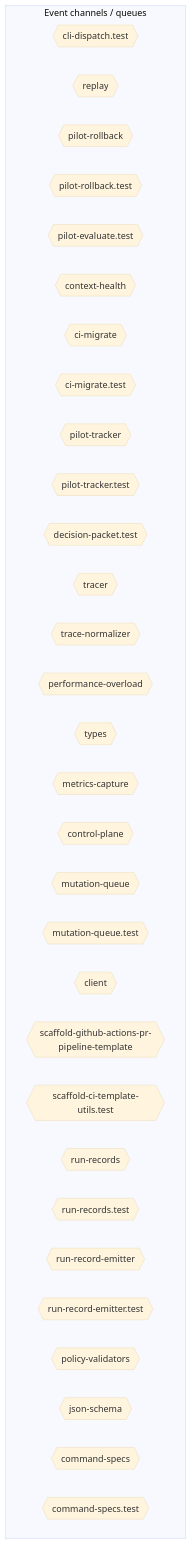
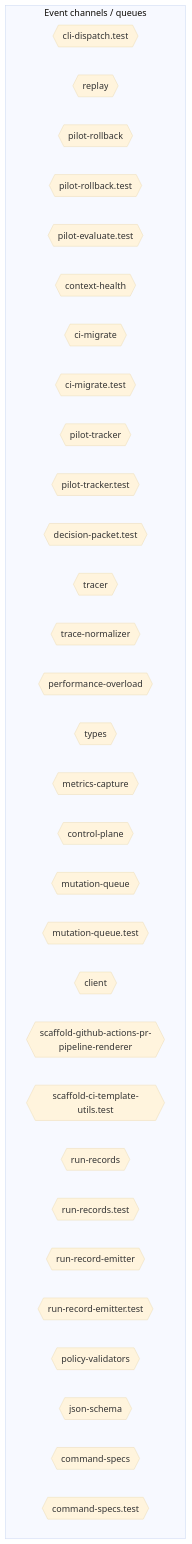
One commit to jscraik/coding-harness changed the sixth of 10 diagrams in AI/context/diagram-context.md. Above: the diagram before and after it, drawn with Mermaid (base theme). The commit also changed other lines of this file and 216 other files, not shown here.

````diff
--- a/AI/context/diagram-context.md
+++ b/AI/context/diagram-context.md
@@ -1977,37 +2088,37 @@
 ```mermaid
 flowchart TD
   subgraph Channels["Event channels / queues"]
     cli_dispatch_test_54c9f17b{{"cli-dispatch.test"}}
     replay_ac203c98{{"replay"}}
     pilot_rollback_00c1f82c{{"pilot-rollback"}}
     pilot_rollback_test_e61d5a2b{{"pilot-rollback.test"}}
     pilot_evaluate_test_a2ac06fc{{"pilot-evaluate.test"}}
     context_health_80bb7da9{{"context-health"}}
     ci_migrate_78bb70b1{{"ci-migrate"}}
     ci_migrate_test_2a015bb9{{"ci-migrate.test"}}
     pilot_tracker_5c767813{{"pilot-tracker"}}
     pilot_tracker_test_80398a66{{"pilot-tracker.test"}}
     decision_packet_test_9ea0e97b{{"decision-packet.test"}}
     tracer_1e6243a2{{"tracer"}}
     trace_normalizer_cb1be1d2{{"trace-normalizer"}}
     performance_overload_c685bfcf{{"performance-overload"}}
-    types_9_1db4641f{{"types"}}
+    types_10_75e5a4a0{{"types"}}
     metrics_capture_1d1a2c08{{"metrics-capture"}}
     control_plane_96826665{{"control-plane"}}
     mutation_queue_ce5a530e{{"mutation-queue"}}
     mutation_queue_test_10b599e8{{"mutation-queue.test"}}
     client_1_914e1681{{"client"}}
-    scaffold_github_actions_pr_pipeline_template_e2b85f62{{"scaffold-github-actions-pr-pipeline-template"}}
+    scaffold_github_actions_pr_pipeline_renderer_1ee18de5{{"scaffold-github-actions-pr-pipeline-renderer"}}
     scaffold_ci_template_utils_test_b94825d9{{"scaffold-ci-template-utils.test"}}
     run_records_f616aa7c{{"run-records"}}
     run_records_test_3ee6a0e3{{"run-records.test"}}
     run_record_emitter_00168a3a{{"run-record-emitter"}}
     run_record_emitter_test_5475c0da{{"run-record-emitter.test"}}
     policy_validators_6682e192{{"policy-validators"}}
     json_schema_74a768d7{{"json-schema"}}
     command_specs_69167c63{{"command-specs"}}
     command_specs_test_7f693e85{{"command-specs.test"}}
   end
   classDef eventNode fill:#db2777,color:#fff
 
 ```
````
